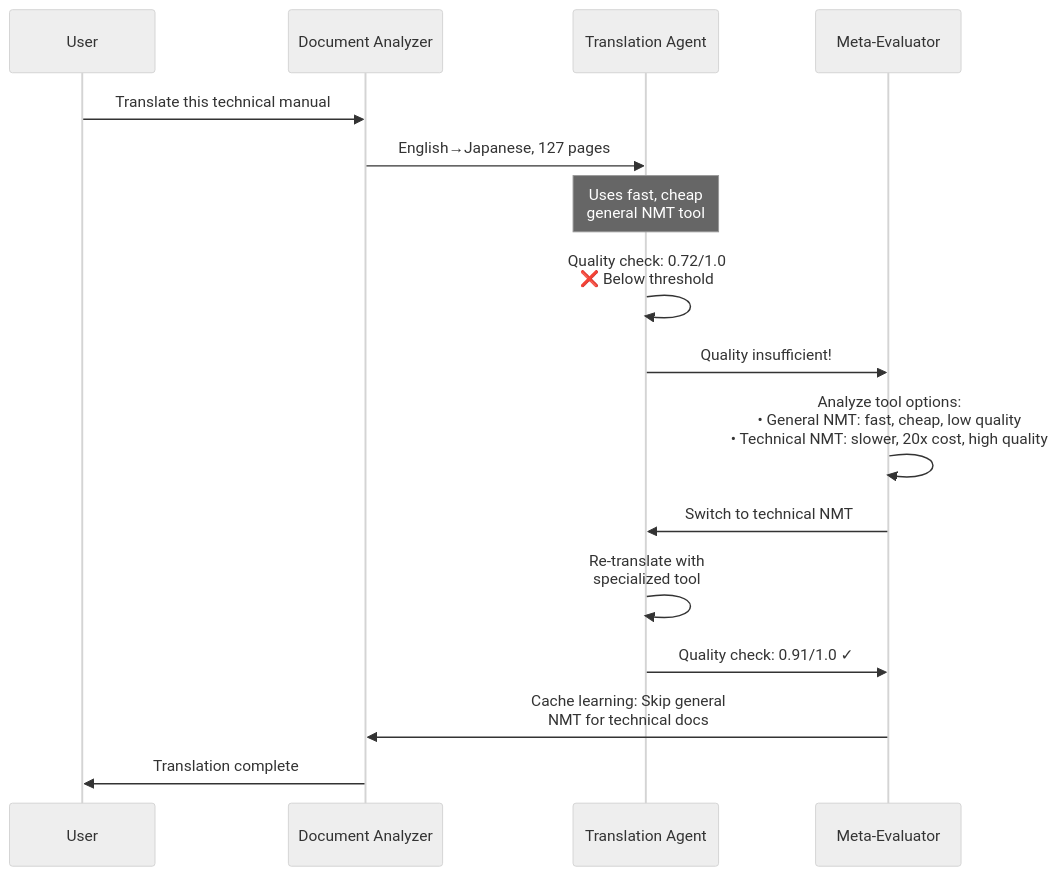
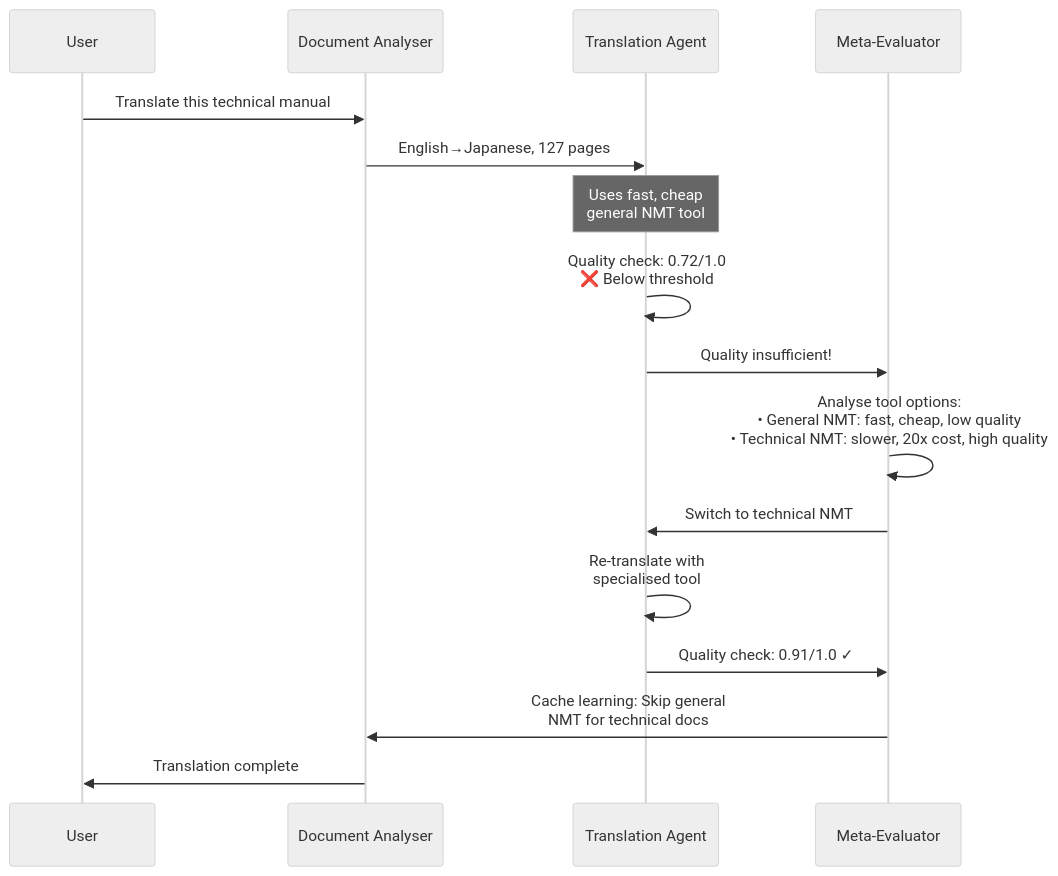
The third of 13 diagrams in docs/SEMANTIC_COGNITION_MESH.md (scottgal/LLMApi), drawn with Mermaid (neutral theme) before and after one commit. The commit also changed other lines of this file, not shown here.

````diff
--- a/docs/SEMANTIC_COGNITION_MESH.md
+++ b/docs/SEMANTIC_COGNITION_MESH.md
@@ -85,19 +87,19 @@
 ```mermaid
 sequenceDiagram
     participant User
-    participant Doc as Document Analyzer
+    participant Doc as Document Analyser
     participant Trans as Translation Agent
     participant Meta as Meta-Evaluator
 
     User->>Doc: Translate this technical manual
     Doc->>Trans: English→Japanese, 127 pages
     Note over Trans: Uses fast, cheap<br/>general NMT tool
     Trans->>Trans: Quality check: 0.72/1.0<br/>❌ Below threshold
     Trans->>Meta: Quality insufficient!
-    Meta->>Meta: Analyze tool options:<br/>• General NMT: fast, cheap, low quality<br/>• Technical NMT: slower, 20x cost, high quality
+    Meta->>Meta: Analyse tool options:<br/>• General NMT: fast, cheap, low quality<br/>• Technical NMT: slower, 20x cost, high quality
     Meta->>Trans: Switch to technical NMT
-    Trans->>Trans: Re-translate with<br/>specialized tool
+    Trans->>Trans: Re-translate with<br/>specialised tool
     Trans->>Meta: Quality check: 0.91/1.0 ✓
     Meta->>Doc: Cache learning: Skip general<br/>NMT for technical docs
     Doc->>User: Translation complete
 ```
````
